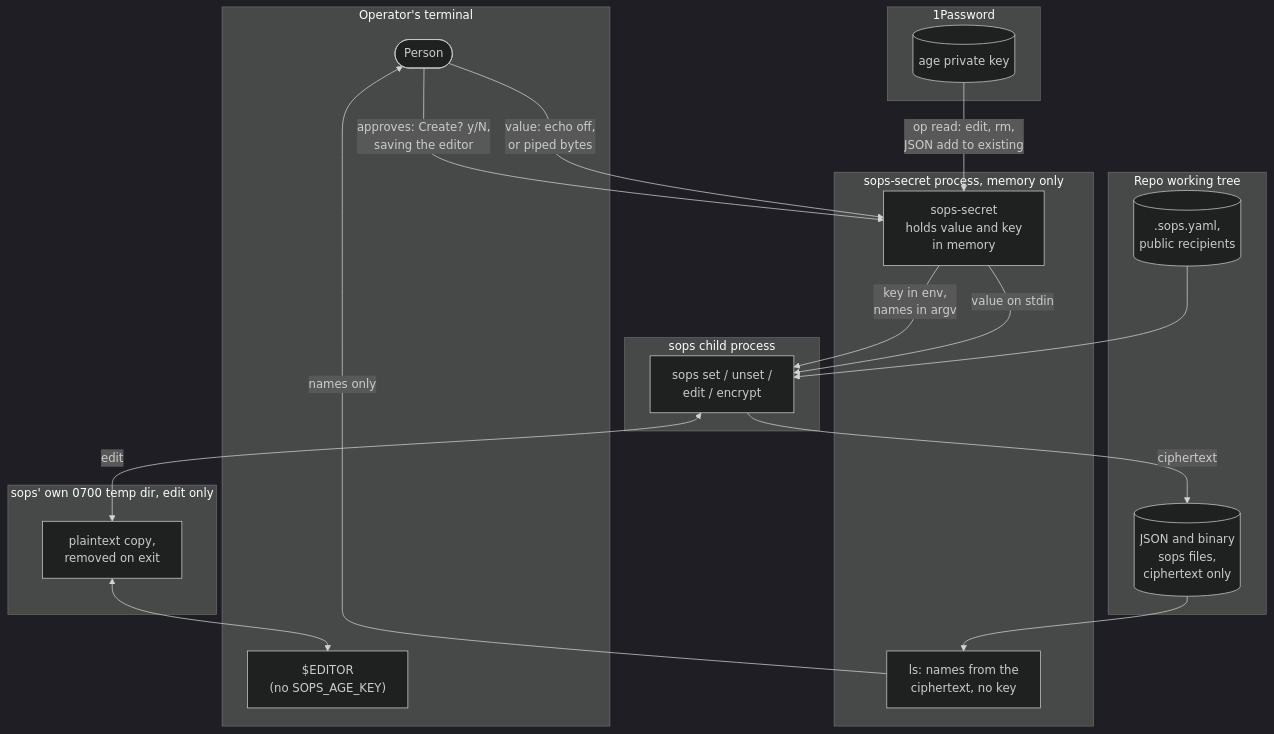
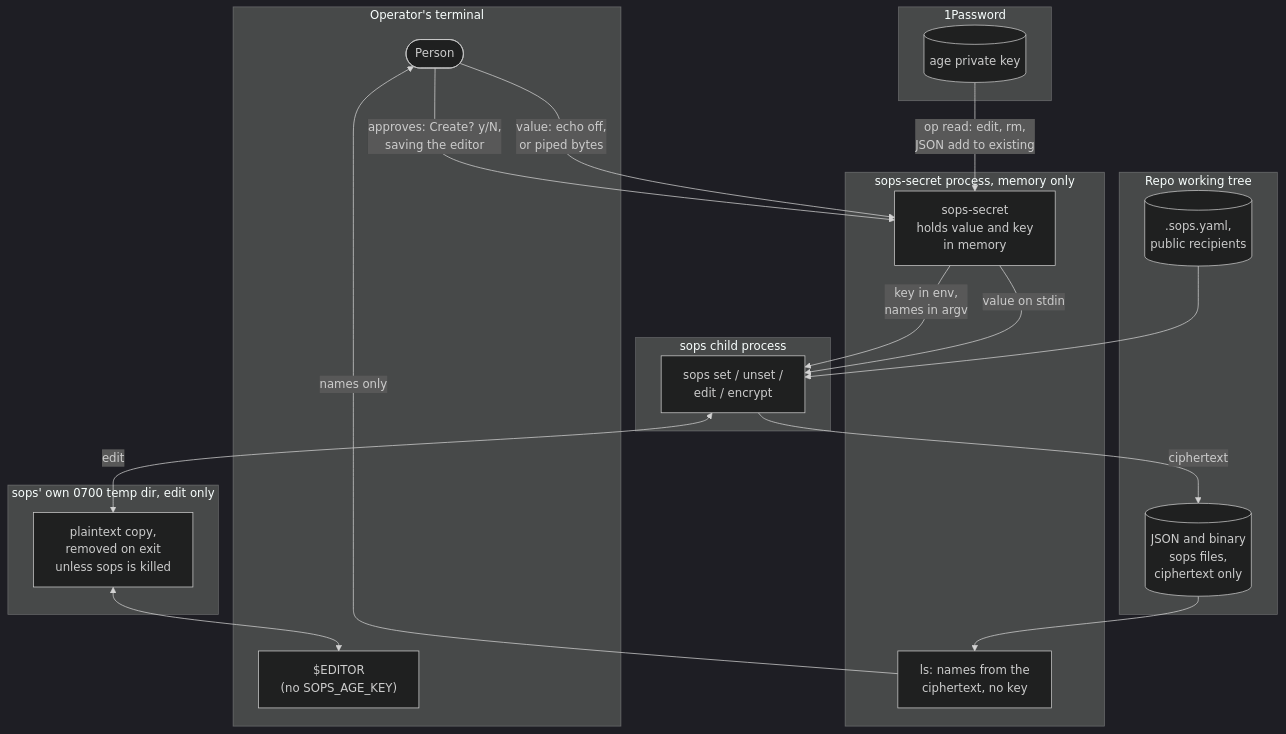
The diagram in docs/json-and-binary-design.md (activescott/sops-secret), drawn with Mermaid (dark theme) before and after one commit. The commit also changed other lines of this file and 2 other files, not shown here.

````diff
--- a/docs/json-and-binary-design.md
+++ b/docs/json-and-binary-design.md
@@ -18,41 +20,41 @@
 ```mermaid
 flowchart TB
   subgraph term["Operator's terminal"]
     person(["Person"])
     editor["$EDITOR<br/>(no SOPS_AGE_KEY)"]
   end
 
   subgraph op1["1Password"]
     key[("age private key")]
   end
 
   subgraph cli["sops-secret process, memory only"]
     main["sops-secret<br/>holds value and key<br/>in memory"]
     ls["ls: names from the<br/>ciphertext, no key"]
   end
 
   subgraph child["sops child process"]
     sops["sops set / unset /<br/>edit / encrypt"]
   end
 
   subgraph sopstmp["sops' own 0700 temp dir, edit only"]
-    plain["plaintext copy,<br/>removed on exit"]
+    plain["plaintext copy,<br/>removed on exit<br/>unless sops is killed"]
   end
 
   subgraph repo["Repo working tree"]
     files[("JSON and binary<br/>sops files,<br/>ciphertext only")]
     cfg[(".sops.yaml,<br/>public recipients")]
   end
 
   person -->|"value: echo off,<br/>or piped bytes"| main
   person -->|"approves: Create? y/N,<br/>saving the editor"| main
   key -->|"op read: edit, rm,<br/>JSON add to existing"| main
   main -->|"value on stdin"| sops
   main -->|"key in env,<br/>names in argv"| sops
   cfg --> sops
   sops -->|"ciphertext"| files
   sops <-->|"edit"| plain
   plain <--> editor
   files --> ls
   ls -->|"names only"| person
 ```
````
